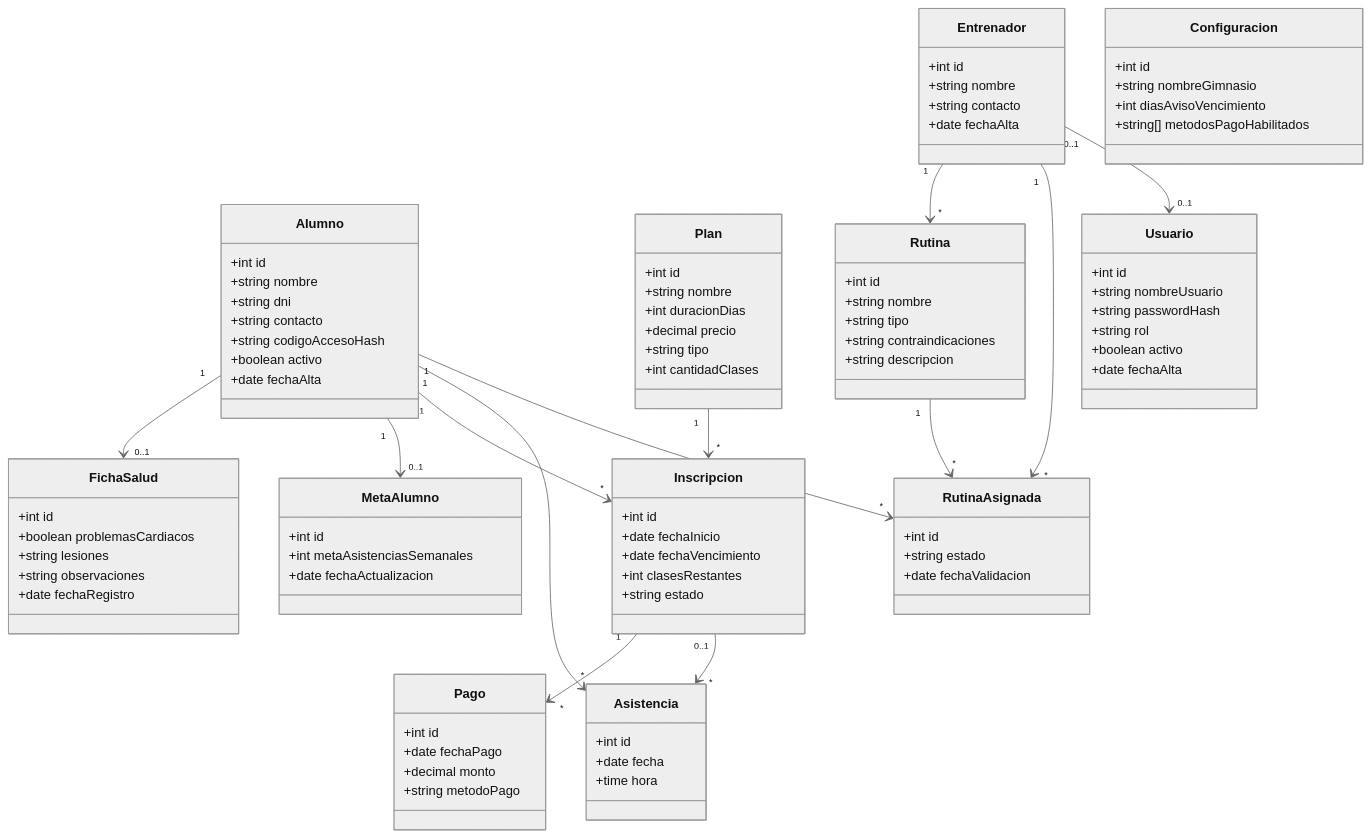
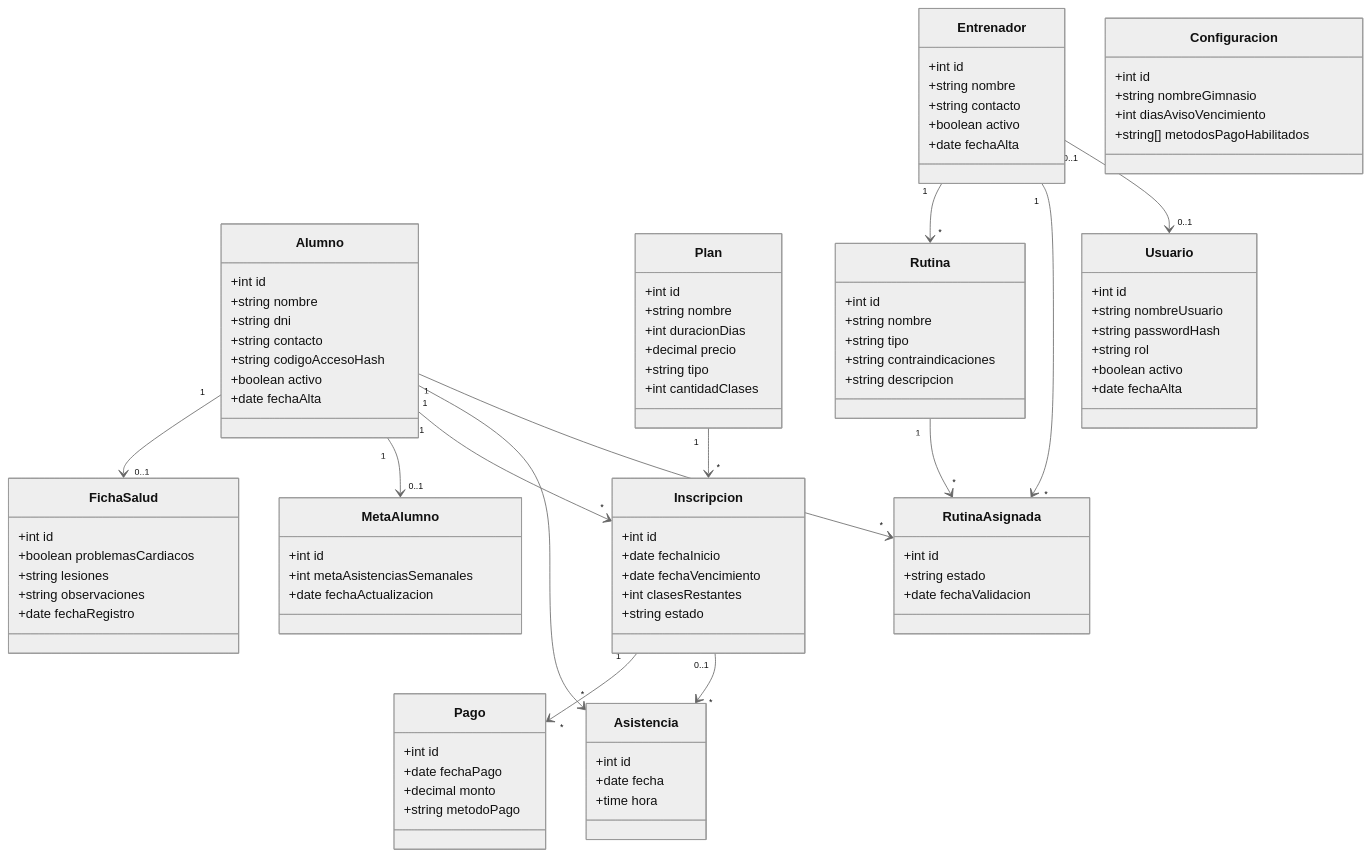
One commit to pao41/Trabajo-Final-Integrador changed the diagram in docs/diagrama_clases.md. Above: the diagram before and after it, drawn with Mermaid (neutral theme).

Commit message:
docs: agregar el estado activo del entrenador al diagrama de clases

```diff
--- a/docs/diagrama_clases.md
+++ b/docs/diagrama_clases.md
@@ -48,6 +48,7 @@
         +int id
         +string nombre
         +string contacto
+        +boolean activo
         +date fechaAlta
     }
     class Usuario {
```
